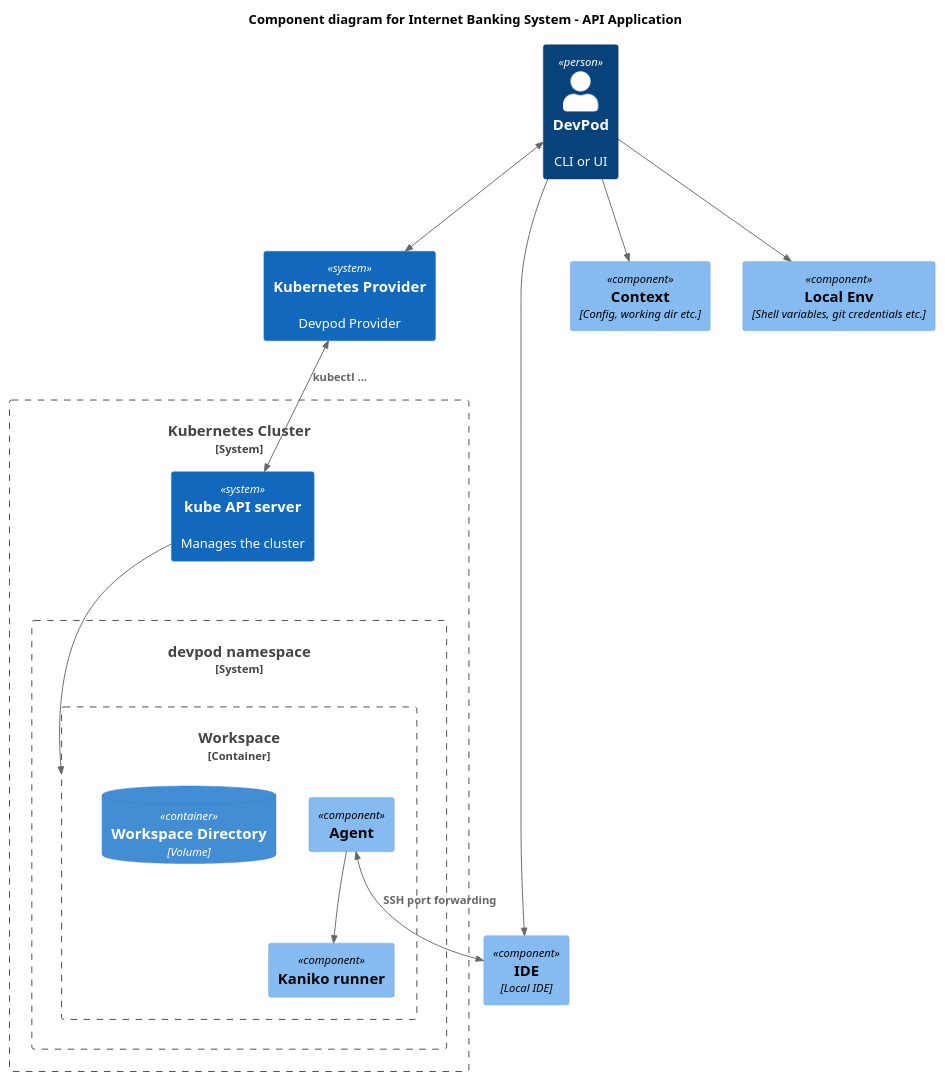
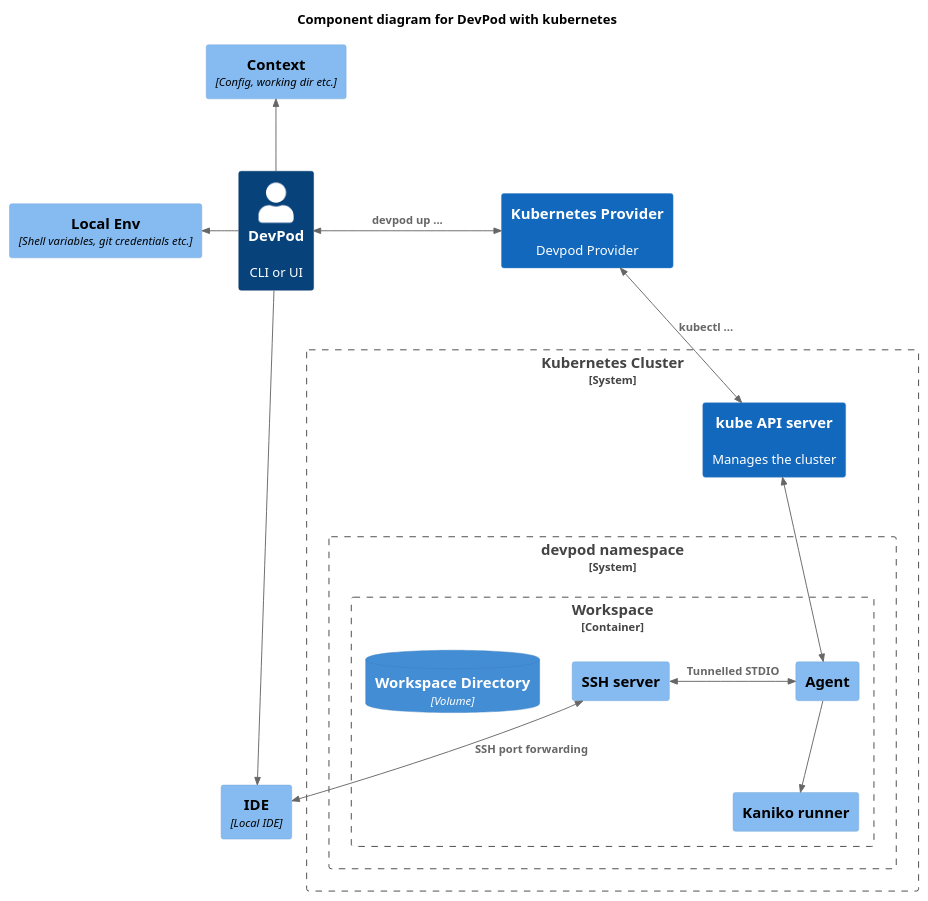
One commit to loft-sh/devpod changed the diagram in docs/uml/c4_component.puml. Above: the diagram before and after it, drawn with PlantUML. The commit also changed 2 other files, not shown here.

```diff
--- a/docs/uml/c4_component.puml
+++ b/docs/uml/c4_component.puml
@@ -1,33 +1,38 @@
 @startuml
 !include https://raw.githubusercontent.com/plantuml-stdlib/C4-PlantUML/master/C4_Component.puml
 ' uncomment the following line and comment the first to use locally
 ' !include C4_Component.puml
 
-title Component diagram for Internet Banking System - API Application
+HIDE_STEREOTYPE()
+LAYOUT_TOP_DOWN()
+
+title Component diagram for DevPod with kubernetes
 
 Person(user, "DevPod", "CLI or UI")
 System(prov, "Kubernetes Provider", "Devpod Provider")
 Component(ide, "IDE", "Local IDE")
 Component(ctx, "Context", "Config, working dir etc.")
 Component(env, "Local Env", "Shell variables, git credentials etc.")
 
 System_Boundary(cluster, "Kubernetes Cluster") {
   System(controlPlane, "kube API server", "Manages the cluster")
   System_Boundary(ns, "devpod namespace") {
     Container_Boundary(ws, "Workspace") {
       Component(runner, "Kaniko runner", "")
       Component(agent, "Agent", "")
+      Component(ssh, "SSH server", "")
       ContainerDb(dir, "Workspace Directory", "Volume", "")
     }
   }
 }
 
-BiRel(user, prov, "")
-BiRel(prov, controlPlane, "kubectl ...")
-Rel(controlPlane, ws, " ")
+BiRel_Right(user, prov, "devpod up ...")
+BiRel(prov, controlPlane, " kubectl ...")
+BiRel(controlPlane, agent, " ")
+BiRel_Left(agent, ssh, "Tunnelled STDIO")
 Rel(agent, runner, " ")
-BiRel(agent, ide, "SSH port forwarding")
+BiRel(ssh, ide, "SSH port forwarding")
 Rel(user, ide, " ")
-Rel(user, ctx, " ")
-Rel(user, env, " ")
+Rel_Up(user, ctx, " ")
+Rel_Left(user, env, " ")
 @enduml
```
